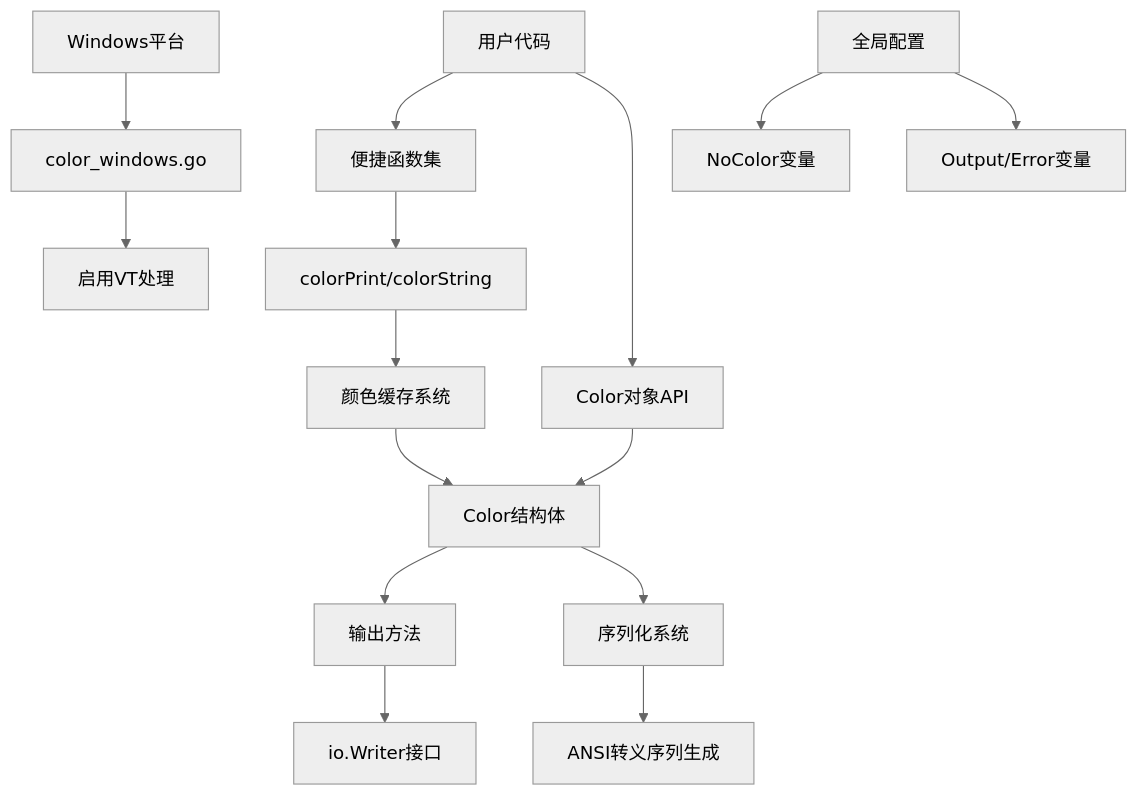
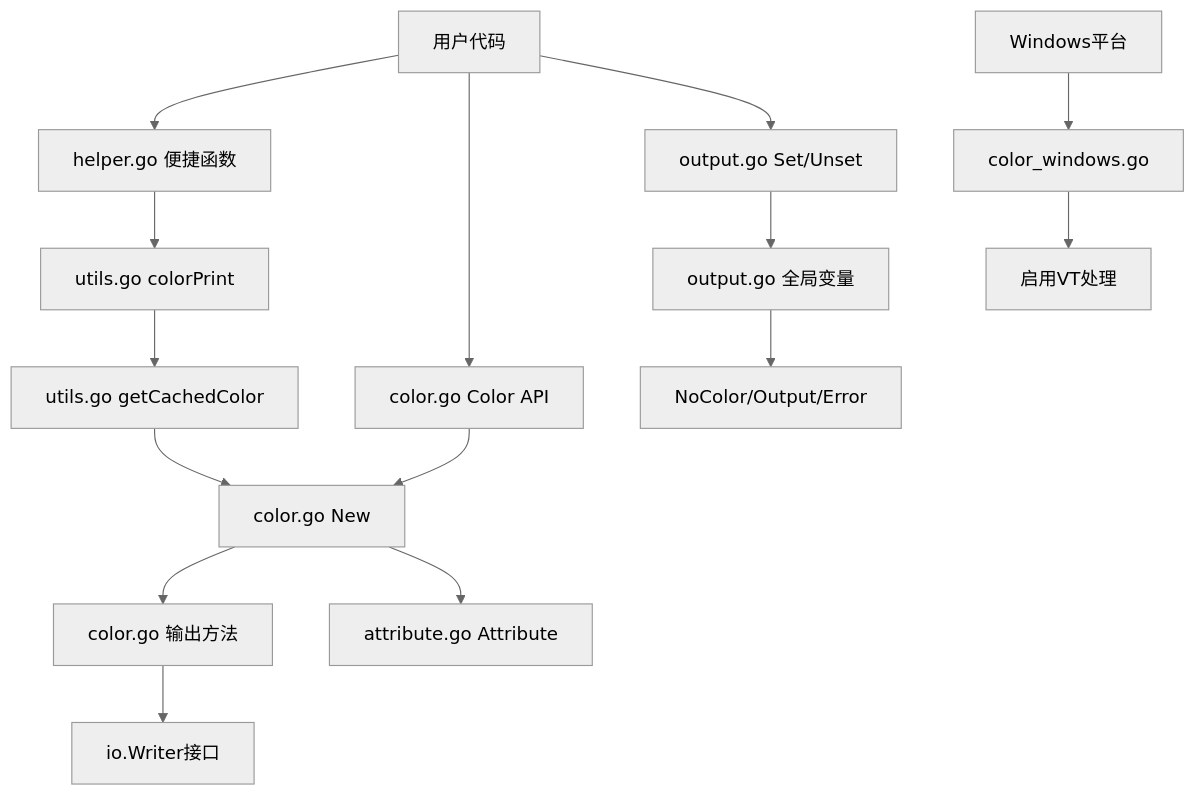
The diagram in color-analysis.md (QiaoMuDe/color), drawn with Mermaid (neutral theme) before and after one commit. The commit also changed other lines of this file and 7 other files, not shown here.

````diff
--- a/color-analysis.md
+++ b/color-analysis.md
@@ -127,22 +137,22 @@
 ```mermaid
 graph TD
-    A[用户代码] --> B[便捷函数集]
-    A --> C[Color对象API]
+    A[用户代码] --> B[helper.go 便捷函数]
+    A --> C[color.go Color API]
+    A --> D[output.go Set/Unset]
     
-    B --> D[colorPrint/colorString]
-    D --> E[颜色缓存系统]
-    E --> F[Color结构体]
+    B --> E[utils.go colorPrint]
+    E --> F[utils.go getCachedColor]
+    F --> G[color.go New]
     
-    C --> F
-    F --> G[输出方法]
-    G --> H[io.Writer接口]
+    C --> G
+    G --> H[color.go 输出方法]
+    H --> I[io.Writer接口]
     
-    F --> I[序列化系统]
-    I --> J[ANSI转义序列生成]
+    D --> J[output.go 全局变量]
+    J --> K[NoColor/Output/Error]
     
-    K[Windows平台] --> L[color_windows.go]
-    L --> M[启用VT处理]
+    G --> L[attribute.go Attribute]
     
-    N[全局配置] --> O[NoColor变量]
-    N --> P[Output/Error变量]
+    M[Windows平台] --> N[color_windows.go]
+    N --> O[启用VT处理]
 ```
````
